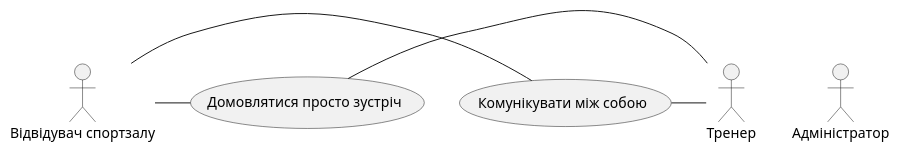
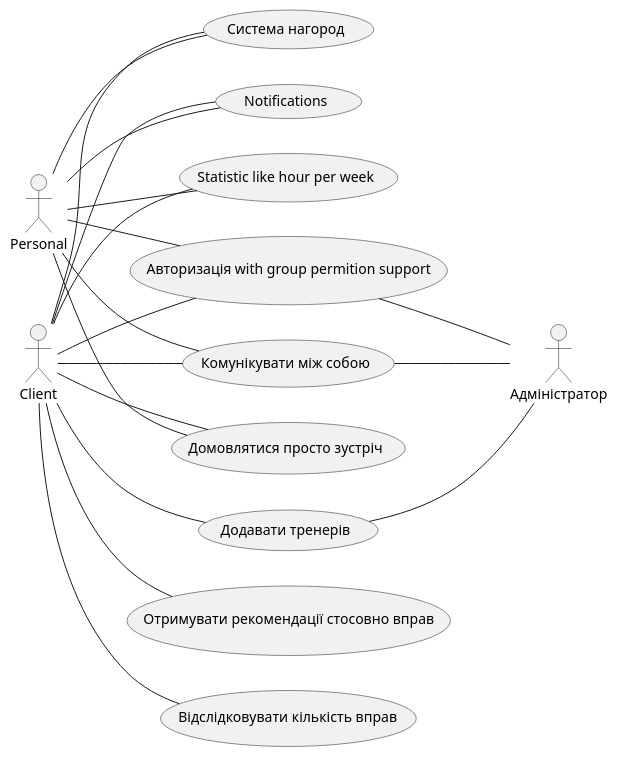
Before and after one commit to NureSorokinVadym/apz-pzpi-21-4-sorokin-vadym: the diagram in Task2/docs/puml/precedents.puml, drawn with PlantUML. The commit also changed 1 other file, not shown here.

Commit message:
Create precedent diagram

```diff
--- a/Task2/docs/puml/precedents.puml
+++ b/Task2/docs/puml/precedents.puml
@@ -1,16 +1,37 @@
 @startuml
-:Відвідувач спортзалу: as Client 
+left to right direction
+
 :Адміністратор: as Admin 
-:Тренер: as Personal
 
+(Домовлятися просто зустріч) as MakeMeeting
+(Система нагород) as Apretication
+(Notifications) as Notifications
+(Statistic like hour per week) as Statistic
+(Авторизація with group permition support) as Authorization
 (Комунікувати між собою) as Comminicate
-(Домовлятися просто зустріч) as MakeMeeting
+(Отримувати рекомендації стосовно вправ) as Recomendation
+(Відслідковувати кількість вправ) as NumberExersice
+(Додавати тренерів) as AddPersonal
 
-Client - Comminicate
-Comminicate - Personal 
-MakeMeeting - Personal
-Client - MakeMeeting
+Client -- MakeMeeting
+Client -- Apretication
+Client -- Notifications
+Client -- Statistic
+Client -- Authorization
+Client -- Comminicate
+Client -- Recomendation
+Client -- NumberExersice
+Client -- AddPersonal
 
- 
+Authorization -- Admin
+Comminicate -- Admin
+AddPersonal -- Admin
+
+Personal -- MakeMeeting
+Personal -- Apretication
+Personal -- Notifications
+Personal -- Statistic
+Personal -- Authorization
+Personal -- Comminicate
 
 @enduml
```
